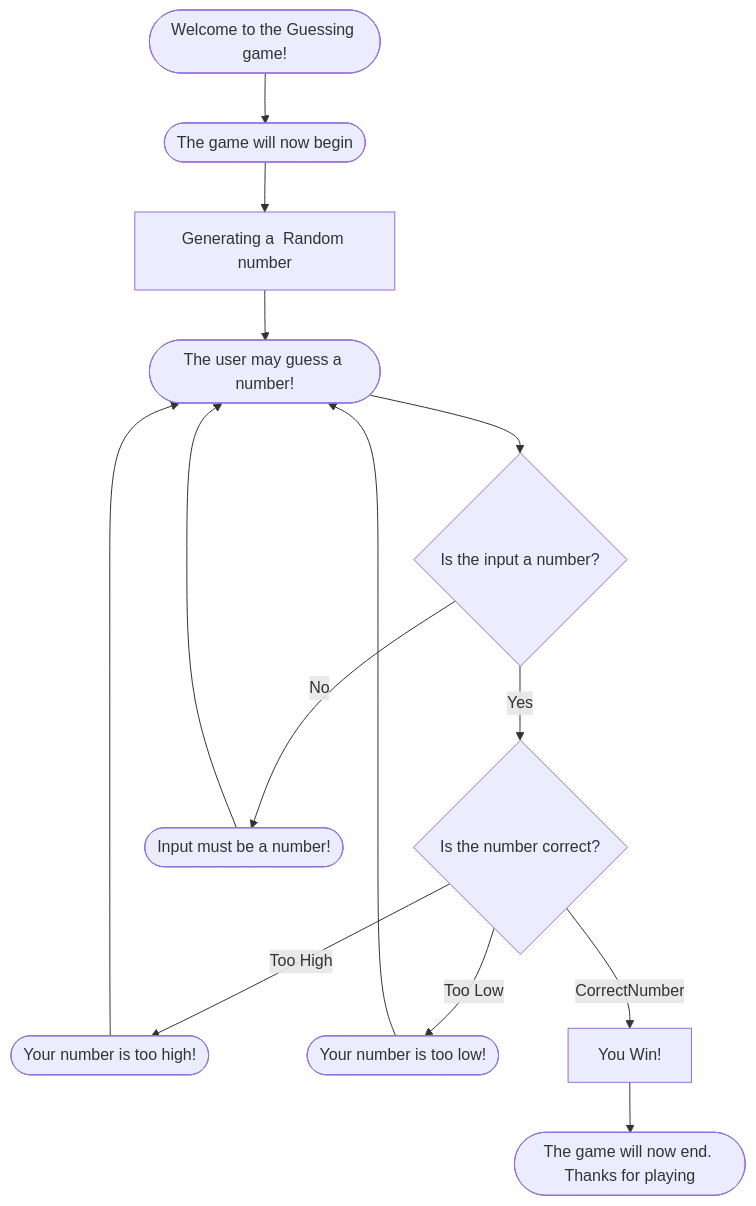
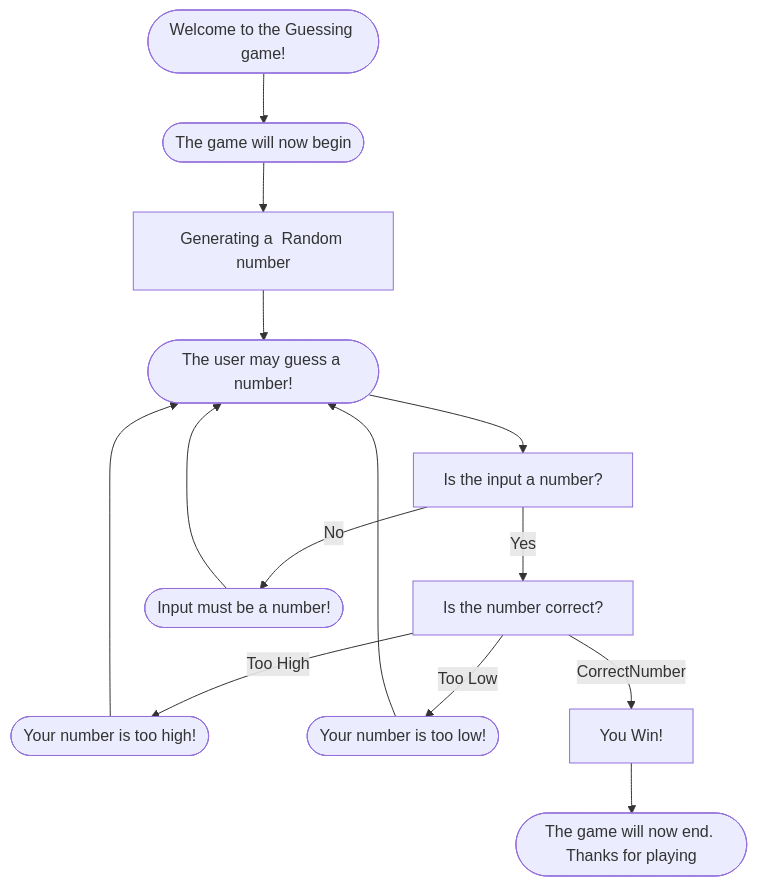
The diagram in Guessing.md (josh-keilder/josh-keilder.github.io), drawn with Mermaid before and after one commit.

````diff
--- a/Guessing.md
+++ b/Guessing.md
@@ -1,18 +1,18 @@
 ```mermaid
 flowchart TD
   Start([Welcome to the Guessing game!]) --> Begin(["The game will now begin"])
   Begin --> RandomNumber[Generating a  Random number]
   RandomNumber --> Input(["The user may guess a number!"])
 
-  Input --> IsNumber{Is the input a number?}
+  Input --> IsNumber[Is the input a number?]
 
   
-  IsNumber -- Yes --> CheckCorrect{Is the number correct?}
+  IsNumber -- Yes --> CheckCorrect[Is the number correct?]
   IsNumber -- No --> Error([Input must be a number!]) --> Input
   CheckCorrect -- Too High --> HighNumber([Your number is too high!]) --> Input
   CheckCorrect -- Too Low --> LowNumber([Your number is too low!]) --> Input
   CheckCorrect -- CorrectNumber --> Win["You Win!"]
   
 
   Win --> End([The game will now end. Thanks for playing])
 ```
````
